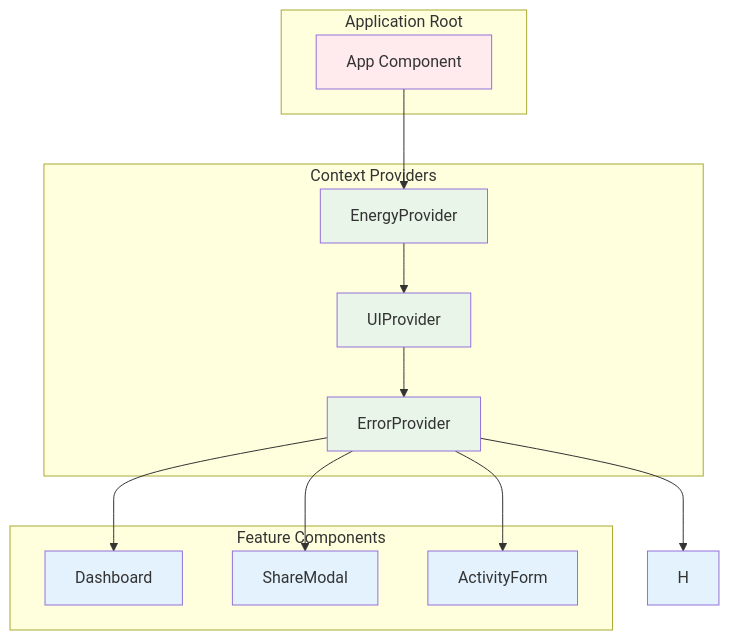
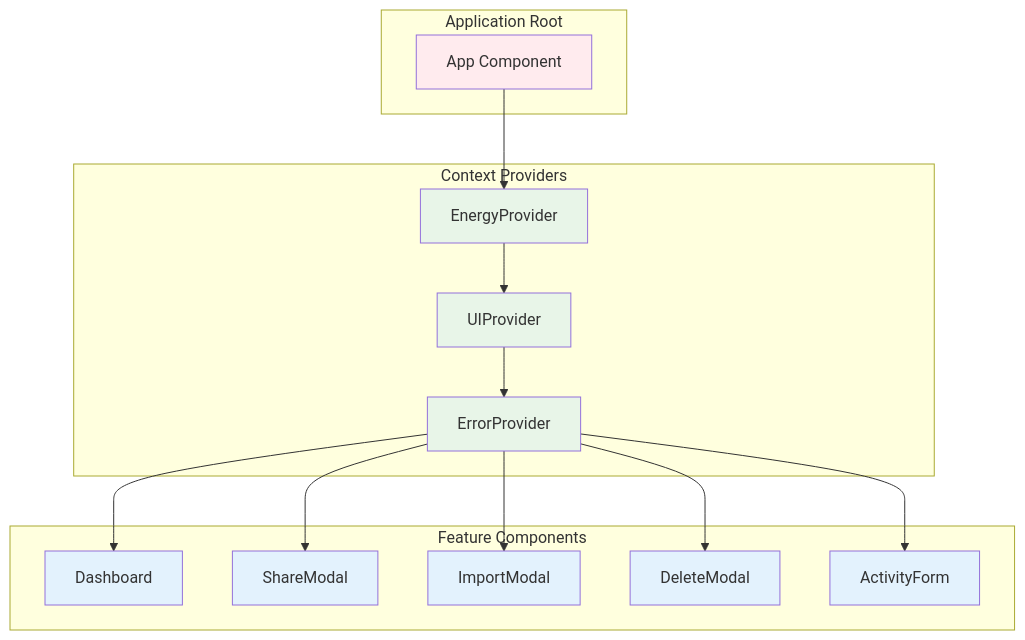
The eighth of 13 diagrams in docs/software_design.md (tobihagemann/energiekuchen), drawn with Mermaid before and after one commit. The commit also changed other lines of this file and 16 other files, not shown here.

````diff
--- a/docs/software_design.md
+++ b/docs/software_design.md
@@ -640,34 +639,37 @@
 ```mermaid
 graph TB
     subgraph "Application Root"
         A[App Component]
     end
 
     subgraph "Context Providers"
         B[EnergyProvider]
         C[UIProvider]
         D[ErrorProvider]
     end
 
     subgraph "Feature Components"
         E[Dashboard]
         F[ShareModal]
-        G[ActivityForm]
+        G[ImportModal]
+        H[DeleteModal]
+        I[ActivityForm]
     end
 
     A --> B
     B --> C
     C --> D
     D --> E
     D --> F
     D --> G
     D --> H
+    D --> I
 
     classDef root fill:#ffebee
     classDef provider fill:#e8f5e8
     classDef component fill:#e3f2fd
 
     class A root
     class B,C,D provider
-    class E,F,G,H component
+    class E,F,G,H,I component
 ```
````
